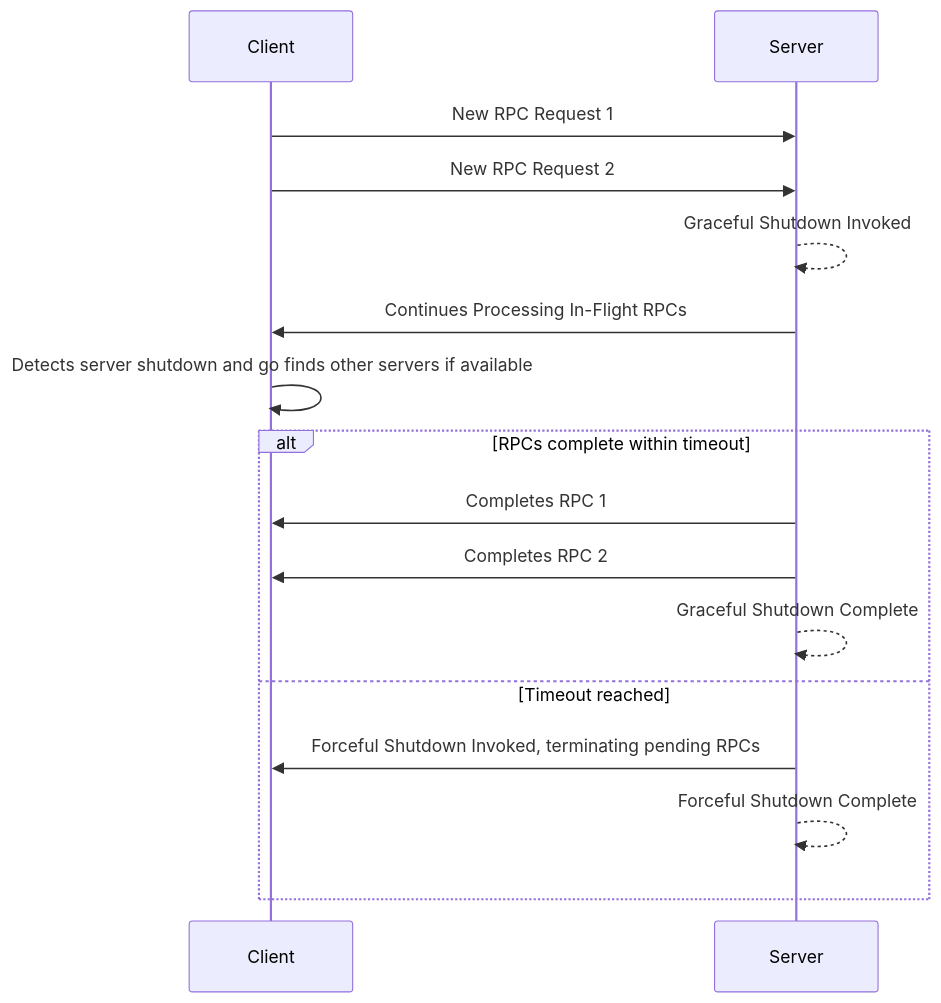
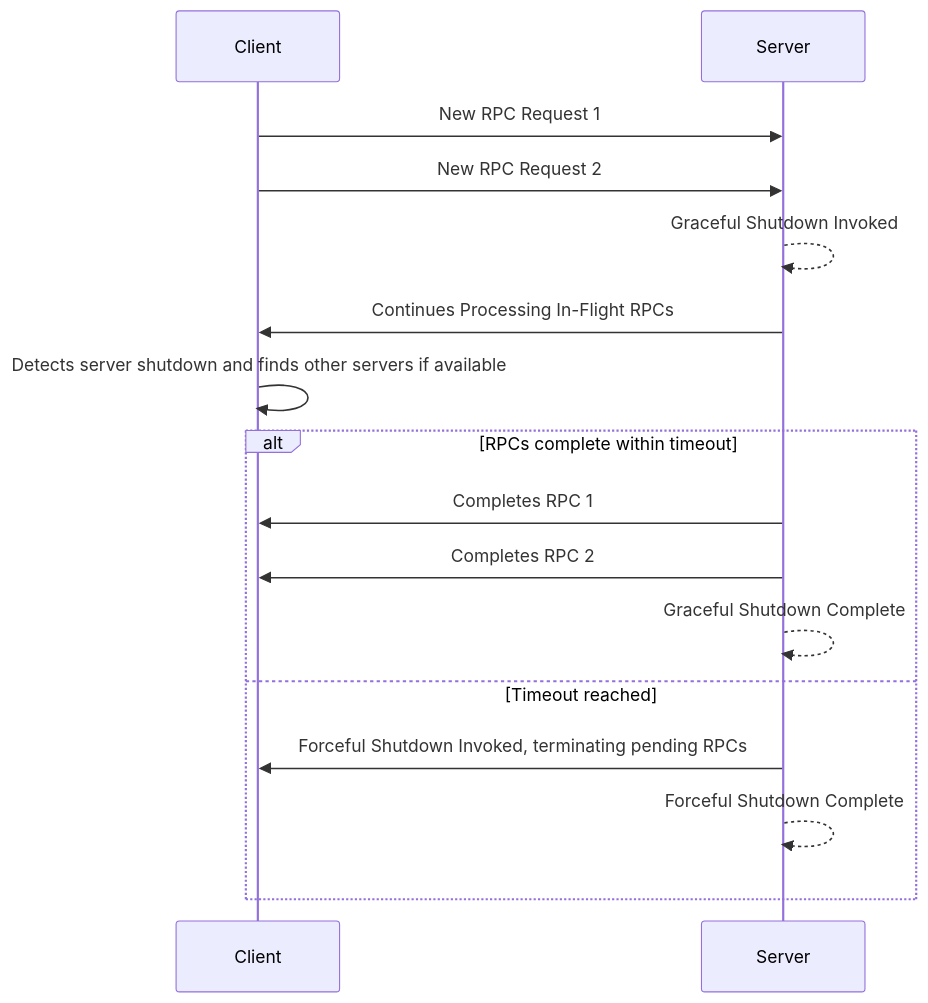
The first of 2 diagrams in content/en/docs/guides/server-graceful-stop.md (grpc/grpc.io), drawn with Mermaid before and after one commit. The commit also changed other lines of this file, not shown here.

````diff
--- a/content/en/docs/guides/server-graceful-stop.md
+++ b/content/en/docs/guides/server-graceful-stop.md
@@ -50,16 +50,16 @@
 ```mermaid
 sequenceDiagram
 Client->>Server: New RPC Request 1
 Client->>Server: New RPC Request 2
 Server-->>Server: Graceful Shutdown Invoked
 Server->>Client: Continues Processing In-Flight RPCs
-Client->>Client: Detects server shutdown and go finds other servers if available
+Client->>Client: Detects server shutdown and finds other servers if available
 alt RPCs complete within timeout
     Server->>Client: Completes RPC 1
     Server->>Client: Completes RPC 2
     Server-->>Server: Graceful Shutdown Complete
 else Timeout reached
     Server->>Client: Forceful Shutdown Invoked, terminating pending RPCs
     Server-->>Server: Forceful Shutdown Complete
 end
 ```
````
